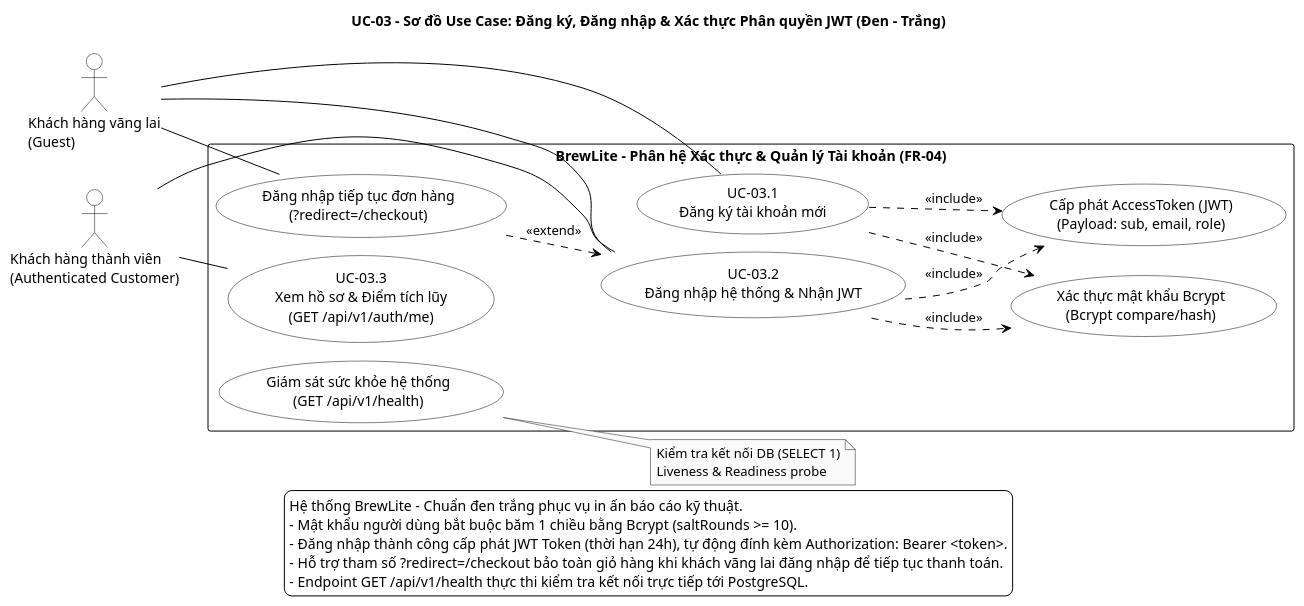
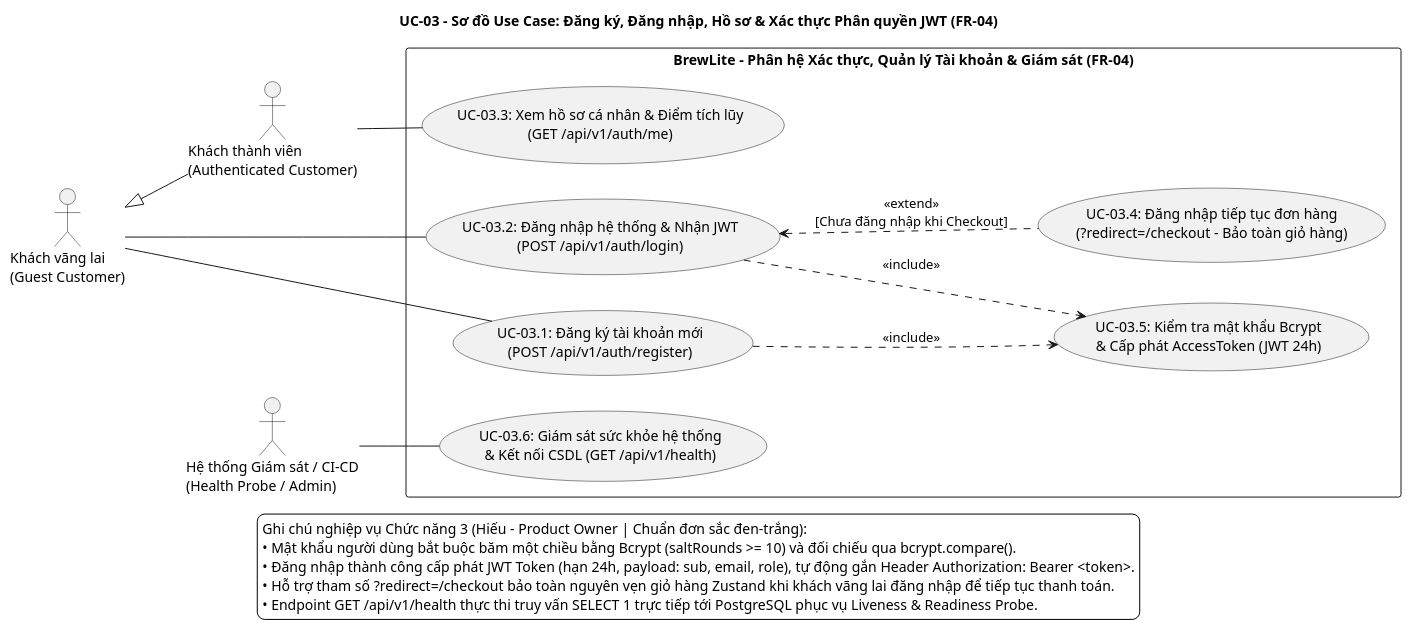
The diagram in docs/diagrams/uc-03-auth.puml (SamuiSang/brewlite2), drawn with PlantUML before and after one commit. The commit also changed 13 other files, not shown here.

Commit message:
docs(task1.2-1.3): unify SRS & Use Case specs for all 6 modules and standardize monochrome SVG diagrams

```diff
--- a/docs/diagrams/uc-03-auth.puml
+++ b/docs/diagrams/uc-03-auth.puml
@@ -1,63 +1,44 @@
 @startuml uc-03-auth
-!pragma layout smetana
+title UC-03 - Sơ đồ Use Case: Đăng ký, Đăng nhập, Hồ sơ & Xác thực Phân quyền JWT (FR-04)
+
 left to right direction
-
 skinparam monochrome true
 skinparam backgroundColor white
 skinparam shadowing false
-skinparam defaultFontName SansSerif
+skinparam defaultFontName "Segoe UI", "Arial", sans-serif
 skinparam packageStyle rectangle
 
-skinparam ArrowColor black
-skinparam actorBorderColor black
-skinparam actorBackgroundColor white
-skinparam usecaseBackgroundColor white
-skinparam usecaseBorderColor black
-skinparam rectangleBorderColor black
-skinparam rectangleBackgroundColor white
+actor "Khách vãng lai\n(Guest Customer)" as Guest
+actor "Khách thành viên\n(Authenticated Customer)" as Customer
+actor "Hệ thống Giám sát / CI-CD\n(Health Probe / Admin)" as Monitor
 
-skinparam nodesep 70
-skinparam ranksep 90
+Customer -up-|> Guest
 
-title UC-03 - Sơ đồ Use Case: Đăng ký, Đăng nhập & Xác thực Phân quyền JWT (Đen - Trắng)
+rectangle "BrewLite - Phân hệ Xác thực, Quản lý Tài khoản & Giám sát (FR-04)" {
+    usecase "UC-03.1: Đăng ký tài khoản mới\n(POST /api/v1/auth/register)" as UC_Register
+    usecase "UC-03.2: Đăng nhập hệ thống & Nhận JWT\n(POST /api/v1/auth/login)" as UC_Login
+    usecase "UC-03.3: Xem hồ sơ cá nhân & Điểm tích lũy\n(GET /api/v1/auth/me)" as UC_Profile
+    usecase "UC-03.4: Đăng nhập tiếp tục đơn hàng\n(?redirect=/checkout - Bảo toàn giỏ hàng)" as UC_RedirectLogin
+    usecase "UC-03.5: Kiểm tra mật khẩu Bcrypt\n& Cấp phát AccessToken (JWT 24h)" as UC_BcryptJWT
+    usecase "UC-03.6: Giám sát sức khỏe hệ thống\n& Kết nối CSDL (GET /api/v1/health)" as UC_Health
 
-actor "Khách hàng vãng lai\n(Guest)" as Guest
-actor "Khách hàng thành viên\n(Authenticated Customer)" as Customer
-
-rectangle "BrewLite - Phân hệ Xác thực & Quản lý Tài khoản (FR-04)" {
-    usecase "UC-03.1\nĐăng ký tài khoản mới" as UC_Register
-    usecase "Đăng nhập tiếp tục đơn hàng\n(?redirect=/checkout)" as UC_RedirectLogin
-    usecase "UC-03.2\nĐăng nhập hệ thống & Nhận JWT" as UC_Login
-    usecase "UC-03.3\nXem hồ sơ & Điểm tích lũy\n(GET /api/v1/auth/me)" as UC_Profile
-    
-    usecase "Xác thực mật khẩu Bcrypt\n(Bcrypt compare/hash)" as UC_Bcrypt
-    usecase "Cấp phát AccessToken (JWT)\n(Payload: sub, email, role)" as UC_IssueJWT
-    usecase "Giám sát sức khỏe hệ thống\n(GET /api/v1/health)" as UC_Health
-
-    UC_Login ..> UC_Bcrypt : <<include>>
-    UC_Login ..> UC_IssueJWT : <<include>>
-    UC_Register ..> UC_Bcrypt : <<include>>
-    UC_Register ..> UC_IssueJWT : <<include>>
-    UC_RedirectLogin ..> UC_Login : <<extend>>
+    UC_Register ..> UC_BcryptJWT : <<include>>
+    UC_Login ..> UC_BcryptJWT : <<include>>
+    UC_RedirectLogin .up.> UC_Login : <<extend>>\n[Chưa đăng nhập khi Checkout]
 }
 
 Guest -- UC_Register
-Guest -- UC_RedirectLogin
 Guest -- UC_Login
 
-Customer -- UC_Login
 Customer -- UC_Profile
 
-note right of UC_Health
-  Kiểm tra kết nối DB (SELECT 1)
-  Liveness & Readiness probe
-end note
+Monitor -- UC_Health
 
 legend bottom
-  Hệ thống BrewLite - Chuẩn đen trắng phục vụ in ấn báo cáo kỹ thuật.
-  - Mật khẩu người dùng bắt buộc băm 1 chiều bằng Bcrypt (saltRounds >= 10).
-  - Đăng nhập thành công cấp phát JWT Token (thời hạn 24h), tự động đính kèm Authorization: Bearer <token>.
-  - Hỗ trợ tham số ?redirect=/checkout bảo toàn giỏ hàng khi khách vãng lai đăng nhập để tiếp tục thanh toán.
-  - Endpoint GET /api/v1/health thực thi kiểm tra kết nối trực tiếp tới PostgreSQL.
+  Ghi chú nghiệp vụ Chức năng 3 (Hiếu - Product Owner | Chuẩn đơn sắc đen-trắng):
+  • Mật khẩu người dùng bắt buộc băm một chiều bằng Bcrypt (saltRounds >= 10) và đối chiếu qua bcrypt.compare().
+  • Đăng nhập thành công cấp phát JWT Token (hạn 24h, payload: sub, email, role), tự động gắn Header Authorization: Bearer <token>.
+  • Hỗ trợ tham số ?redirect=/checkout bảo toàn nguyên vẹn giỏ hàng Zustand khi khách vãng lai đăng nhập để tiếp tục thanh toán.
+  • Endpoint GET /api/v1/health thực thi truy vấn SELECT 1 trực tiếp tới PostgreSQL phục vụ Liveness & Readiness Probe.
 endlegend
 @enduml
```
